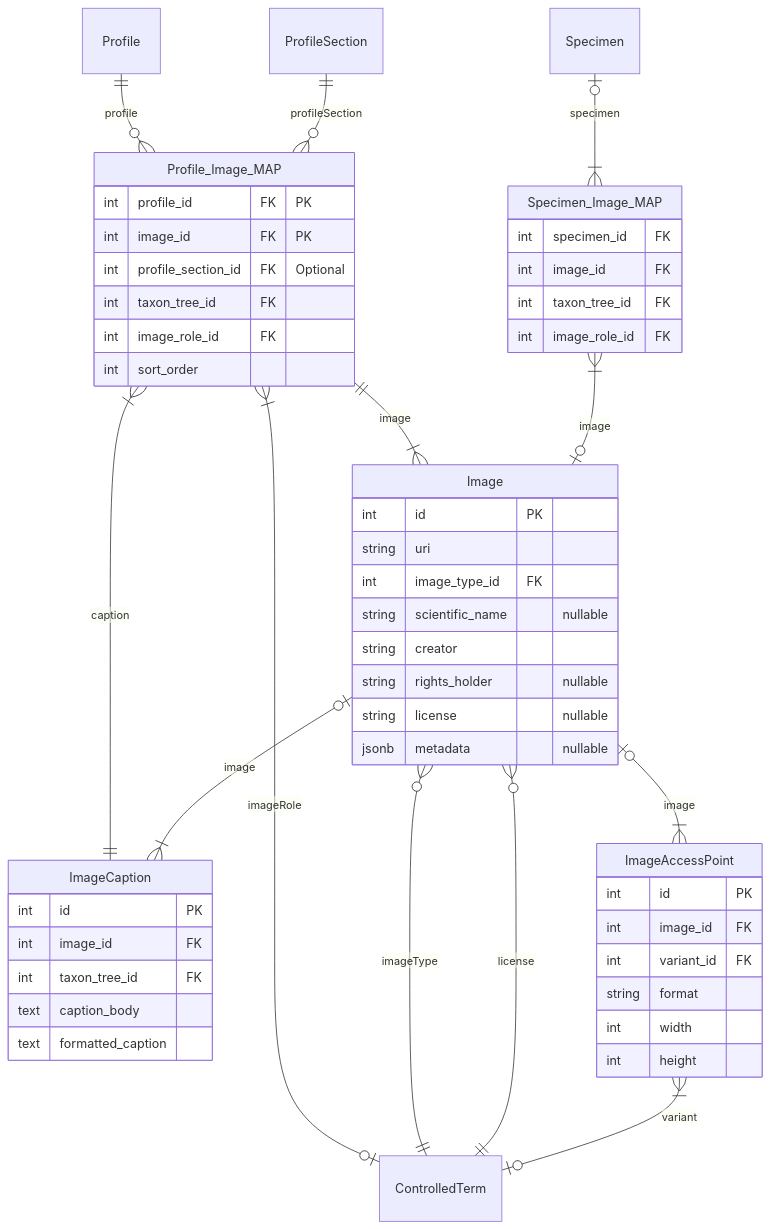
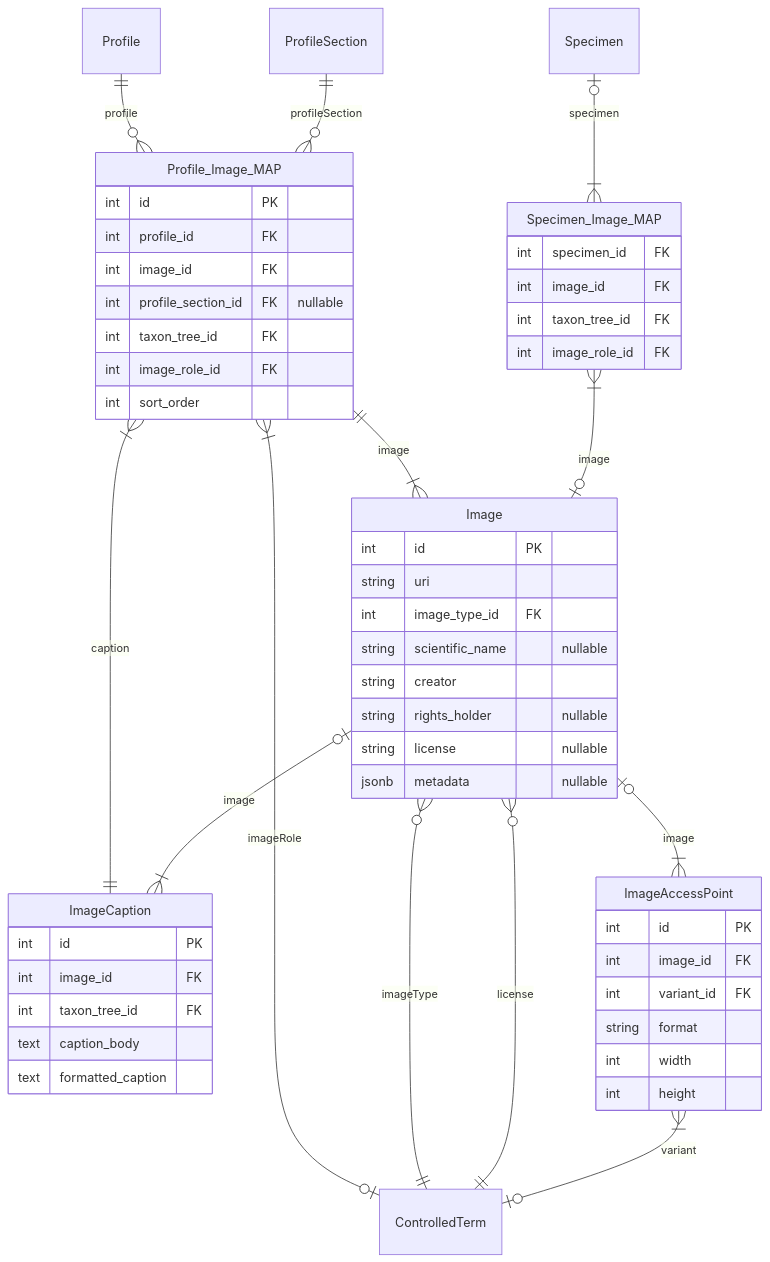
Diagram 15 of 19 in docs/layers.md (vicflora/vicflora-data-model-2026), drawn with Mermaid before and after one commit. The commit also changed other lines of this file and 84 other files, not shown here.

````diff
--- a/docs/layers.md
+++ b/docs/layers.md
@@ -689,63 +695,64 @@
 ```mermaid
 erDiagram
     Profile ||--o{ Profile_Image_MAP : "profile"
     ProfileSection ||--o{ Profile_Image_MAP : "profileSection"
     Profile_Image_MAP ||--|{ Image : "image"
 
     Profile_Image_MAP }|--o| ControlledTerm : "imageRole"
     Profile_Image_MAP }|--|| ImageCaption : "caption"
     Image |o--|{ ImageCaption : "image"
 
     Specimen |o--|{ Specimen_Image_MAP : "specimen"
     Specimen_Image_MAP }|--o| Image : "image"
     
     Image }o--|| ControlledTerm : "imageType"
     Image }o--|| ControlledTerm : "license"
 
     Image |o--|{ ImageAccessPoint : "image"
     ImageAccessPoint }|--o| ControlledTerm : "variant"
 
     Profile_Image_MAP {
-        int profile_id FK "PK"
-        int image_id FK "PK"
-        int profile_section_id FK "Optional"
+        int id PK
+        int profile_id FK
+        int image_id FK
+        int profile_section_id FK "nullable"
         int taxon_tree_id FK
         int image_role_id FK
         int sort_order
     }
 
     Specimen_Image_MAP {
       int specimen_id FK
       int image_id FK
       int taxon_tree_id FK
       int image_role_id FK
     }
 
     Image {
         int id PK
         string uri
         int image_type_id FK
         string scientific_name "nullable"
         string creator
         string rights_holder "nullable"
         string license "nullable"
         jsonb metadata "nullable"
     }
 
     ImageCaption {
       int id PK
       int image_id FK
       int taxon_tree_id FK
       text caption_body 
       text formatted_caption
     }
 
     ImageAccessPoint {
       int id PK
       int image_id FK
       int variant_id FK
       string format
       int width
       int height
     }
 ```
````
